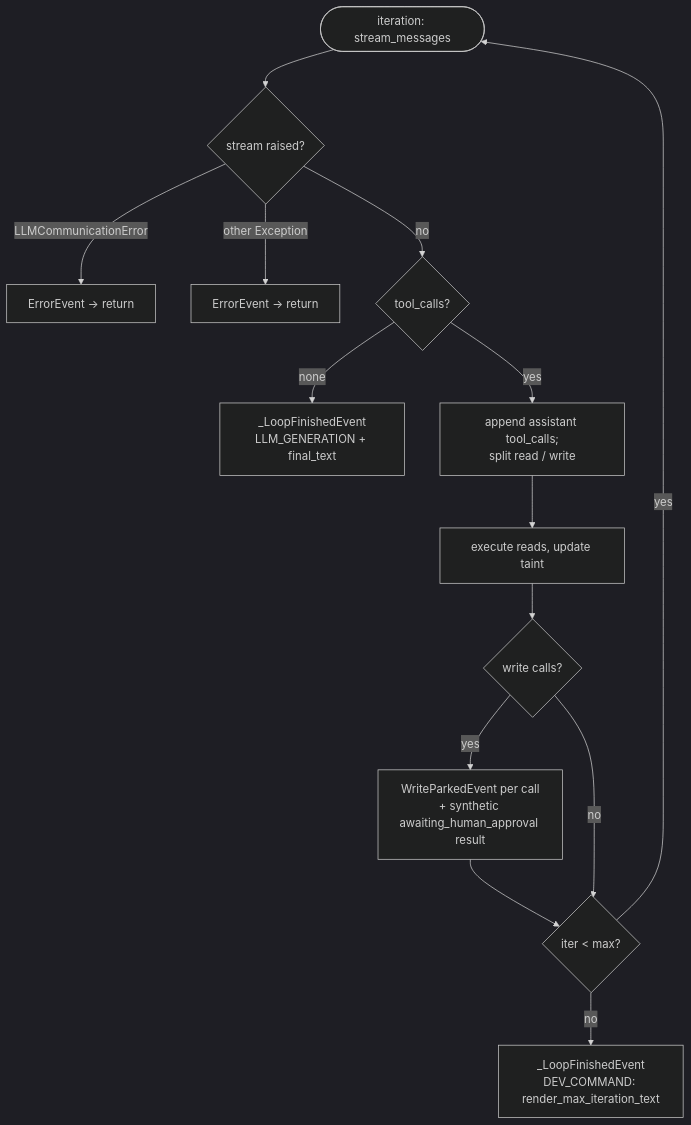
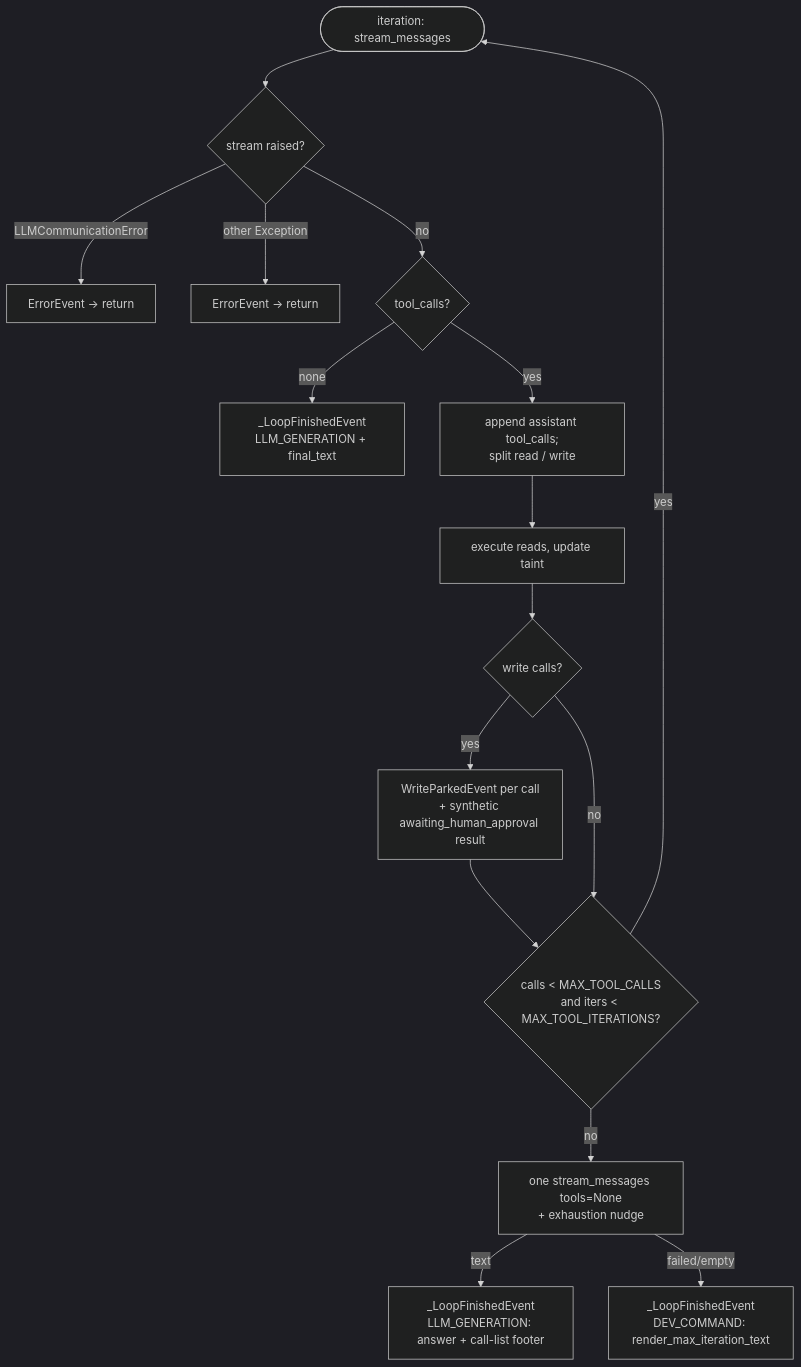
One commit to Addrick/agent-orchestrator changed the diagram in docs/tool_loop_exits.md. Above: the diagram before and after it, drawn with Mermaid (dark theme). The commit also changed other lines of this file and 12 other files, not shown here.

First line of the commit message:
DP-335: budget tool calls, and answer instead of dying on the cap

````diff
--- a/docs/tool_loop_exits.md
+++ b/docs/tool_loop_exits.md
@@ -33,16 +33,18 @@
 ```mermaid
 flowchart TD
   start([iteration: stream_messages]) --> err{stream raised?}
   err -- LLMCommunicationError --> e1[ErrorEvent → return]
   err -- other Exception --> e2[ErrorEvent → return]
   err -- no --> tc{tool_calls?}
   tc -- none --> fin[_LoopFinishedEvent\nLLM_GENERATION + final_text]
   tc -- yes --> split[append assistant tool_calls;\nsplit read / write]
   split --> reads[execute reads, update taint]
   reads --> w{write calls?}
   w -- yes --> park[WriteParkedEvent per call\n+ synthetic awaiting_human_approval result]
   park --> loop
-  w -- no --> loop{iter < max?}
+  w -- no --> loop{calls < MAX_TOOL_CALLS\nand iters < MAX_TOOL_ITERATIONS?}
   loop -- yes --> start
-  loop -- no --> stuck[_LoopFinishedEvent\nDEV_COMMAND: render_max_iteration_text]
+  loop -- no --> wrap[one stream_messages tools=None\n+ exhaustion nudge]
+  wrap -- text --> ans[_LoopFinishedEvent\nLLM_GENERATION: answer + call-list footer]
+  wrap -- failed/empty --> stuck[_LoopFinishedEvent\nDEV_COMMAND: render_max_iteration_text]
 ```
````
